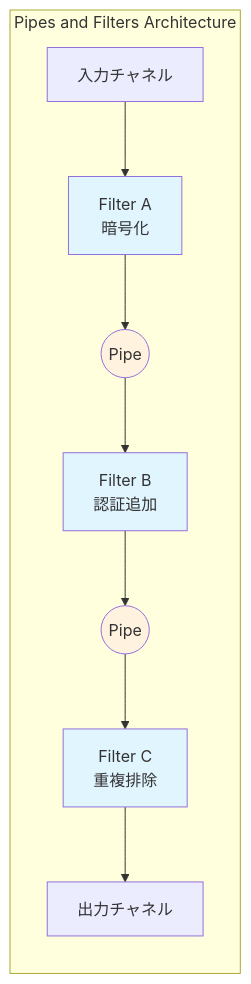
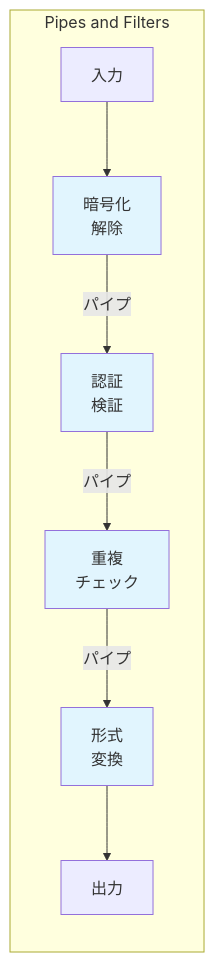
Before and after one commit to tomoikey/quartz: the third of 5 diagrams in content/programming/reactive_messaging_pattern/architectural-routers/pipes_and_filters.md, drawn with Mermaid. The commit also changed other lines of this file and 18 other files, not shown here.

````diff
--- a/content/programming/reactive_messaging_pattern/architectural-routers/pipes_and_filters.md
+++ b/content/programming/reactive_messaging_pattern/architectural-routers/pipes_and_filters.md
@@ -36,17 +64,15 @@
 ```mermaid
 graph LR
-    subgraph "Pipes and Filters Architecture"
-        IN[入力チャネル] --> F1[Filter A<br/>暗号化]
-        F1 --> P1((Pipe))
-        P1 --> F2[Filter B<br/>認証追加]
-        F2 --> P2((Pipe))
-        P2 --> F3[Filter C<br/>重複排除]
-        F3 --> OUT[出力チャネル]
+    subgraph "Pipes and Filters"
+        IN[入力] --> F1[暗号化<br/>解除]
+        F1 -->|パイプ| F2[認証<br/>検証]
+        F2 -->|パイプ| F3[重複<br/>チェック]
+        F3 -->|パイプ| F4[形式<br/>変換]
+        F4 --> OUT[出力]
     end
 
     style F1 fill:#e1f5fe
     style F2 fill:#e1f5fe
     style F3 fill:#e1f5fe
-    style P1 fill:#fff3e0
-    style P2 fill:#fff3e0
+    style F4 fill:#e1f5fe
 ```
````
